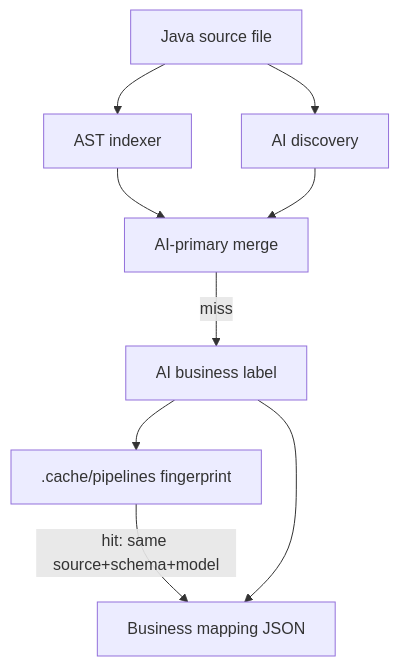
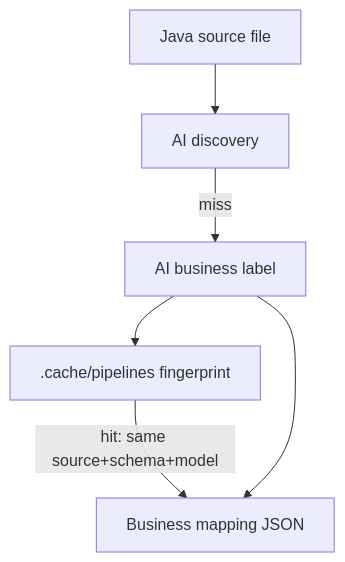
Before and after one commit to shantanunp/kodiak-agent: the diagram in README.md, drawn with Mermaid. The commit also changed other lines of this file and 41 other files, not shown here.

````diff
--- a/README.md
+++ b/README.md
@@ -59,19 +43,14 @@
 ```mermaid
 flowchart TD
   src[Java source file]
-  ast[AST indexer]
   aiDisc[AI discovery]
-  merge[AI-primary merge]
   label[AI business label]
   cache[".cache/pipelines fingerprint"]
   out[Business mapping JSON]
 
-  src --> ast
   src --> aiDisc
-  ast --> merge
-  aiDisc --> merge
   cache -->|"hit: same source+schema+model"| out
-  merge -->|"miss"| label
+  aiDisc -->|"miss"| label
   label --> cache
   label --> out
 ```
````
